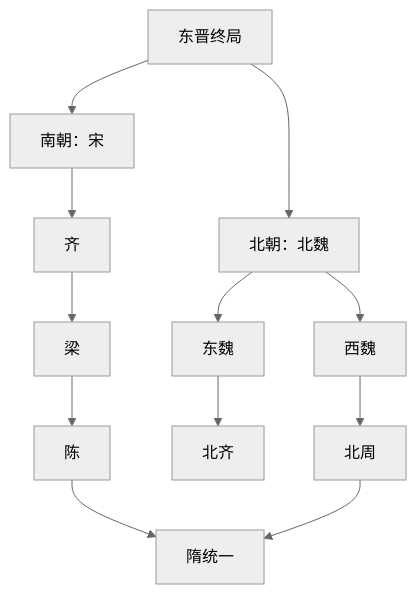
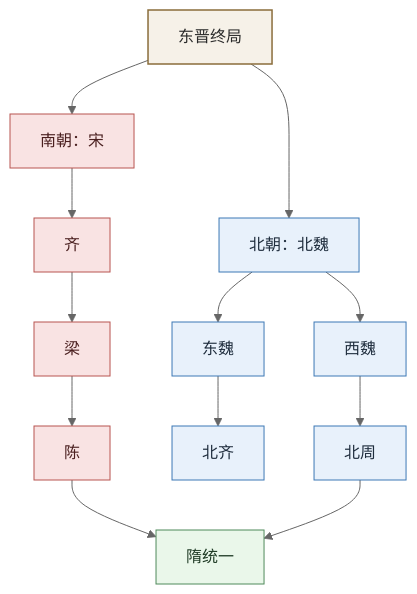
Before and after one commit to zhuguang-ZFG/reading: the diagram in 05_HISTORY/01_TABLES/02_MEDIEVAL/南北朝帝系总表.md, drawn with Mermaid (neutral theme). The commit also changed 2 other files, not shown here.

Commit message:
统一南北朝与五代十国颜色分组

````diff
--- a/05_HISTORY/01_TABLES/02_MEDIEVAL/南北朝帝系总表.md
+++ b/05_HISTORY/01_TABLES/02_MEDIEVAL/南北朝帝系总表.md
@@ -25,15 +25,25 @@
 ```mermaid
 flowchart TD
     A[东晋终局] --> B[南朝：宋]
     B --> C[齐]
     C --> D[梁]
     D --> E[陈]
     E --> F[隋统一]
 
     A --> G[北朝：北魏]
     G --> H[东魏]
     G --> I[西魏]
     H --> J[北齐]
     I --> K[北周]
     K --> F
+
+    classDef core fill:#f6f1e8,stroke:#8a6d3b,color:#2b2b2b,stroke-width:1.5px;
+    classDef south fill:#f9e3e3,stroke:#b85450,color:#4a1f1f;
+    classDef north fill:#e8f1fb,stroke:#3c78b5,color:#1f2d3d;
+    classDef unify fill:#eaf7ea,stroke:#4f8a5b,color:#1e3a24;
+
+    class A core;
+    class B,C,D,E south;
+    class G,H,I,J,K north;
+    class F unify;
 ```
````
